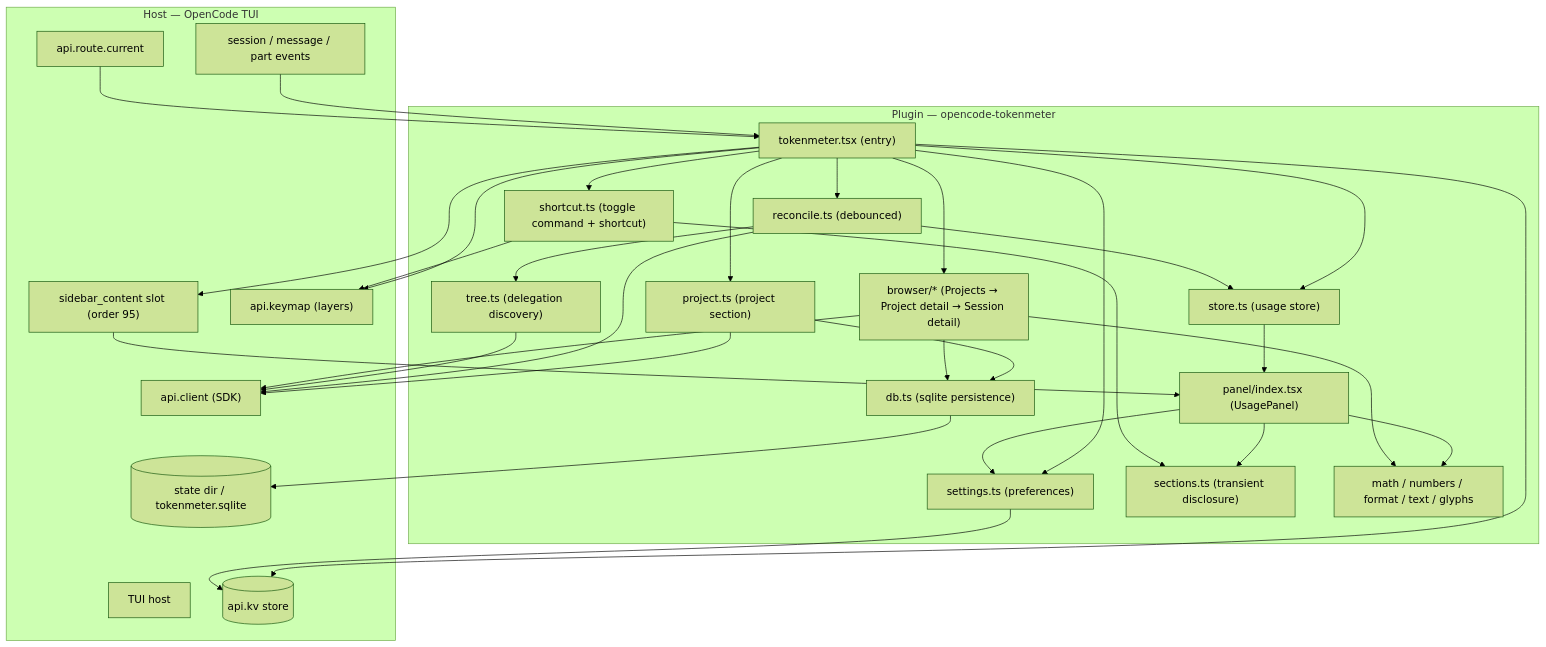
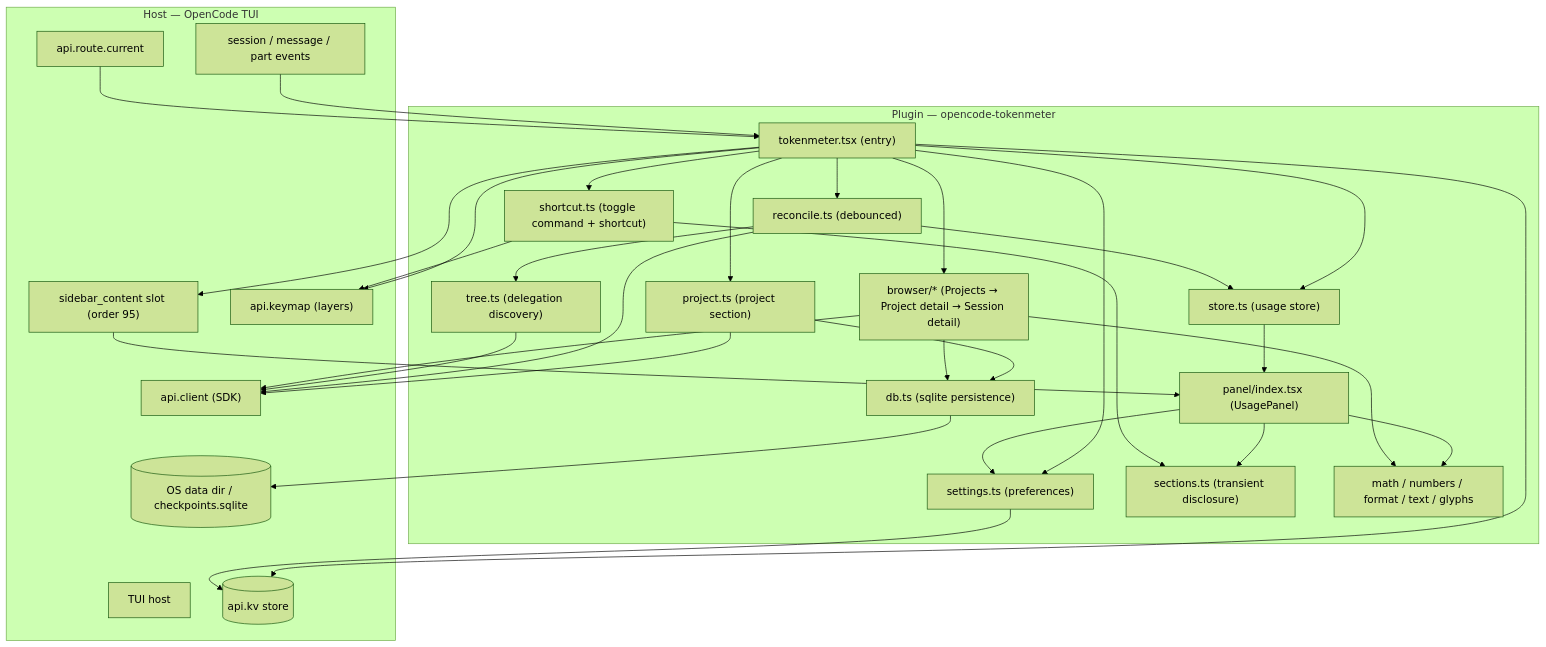
Before and after one commit to jonasotoaguilar/opencode-tokenmeter: the first of 3 diagrams in ARCHITECTURE.md, drawn with Mermaid (forest theme). The commit also changed other lines of this file, not shown here.

Commit message:
docs(architecture): describe durable per-session checkpoints and OS data directory

````diff
--- a/ARCHITECTURE.md
+++ b/ARCHITECTURE.md
@@ -23,58 +23,58 @@
 ```mermaid
 graph TD
     subgraph "Host — OpenCode TUI"
         Host["TUI host"]
         Events["session / message / part events"]
         Route["api.route.current"]
         Client["api.client (SDK)"]
         Kv[("api.kv store")]
-        State[("state dir / tokenmeter.sqlite")]
+        State[("OS data dir / checkpoints.sqlite")]
         Slot["sidebar_content slot (order 95)"]
         Keymap["api.keymap (layers)"]
     end
 
     subgraph "Plugin — opencode-tokenmeter"
         Entry["tokenmeter.tsx (entry)"]
         Store["store.ts (usage store)"]
         Reconcile["reconcile.ts (debounced)"]
         Tree["tree.ts (delegation discovery)"]
         Project["project.ts (project section)"]
         Db["db.ts (sqlite persistence)"]
         Settings["settings.ts (preferences)"]
         Sections["sections.ts (transient disclosure)"]
         Shortcut["shortcut.ts (toggle command + shortcut)"]
         Panel["panel/index.tsx (UsagePanel)"]
         Browser["browser/* (Projects → Project detail → Session detail)"]
         MathFmt["math / numbers / format / text / glyphs"]
     end
 
     Events --> Entry
     Route --> Entry
     Entry --> Store
     Entry --> Reconcile
     Entry --> Project
     Entry --> Settings
     Entry --> Shortcut
     Entry --> Browser
     Entry --> Keymap
     Project --> Db
     Reconcile --> Tree
     Reconcile --> Store
     Project --> Client
     Reconcile --> Client
     Tree --> Client
     Browser --> Client
     Browser --> Db
     Store --> Panel
     Db --> State
     Entry --> Kv
     Entry --> Slot
     Slot --> Panel
     Panel --> MathFmt
     Browser --> MathFmt
     Panel --> Settings
     Panel --> Sections
     Shortcut --> Keymap
     Shortcut --> Sections
     Settings --> Kv
 ```
````
